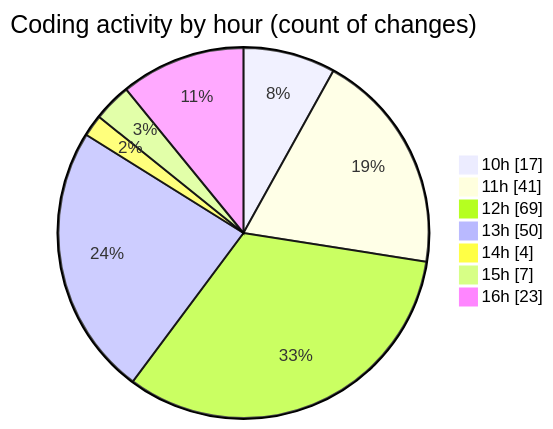
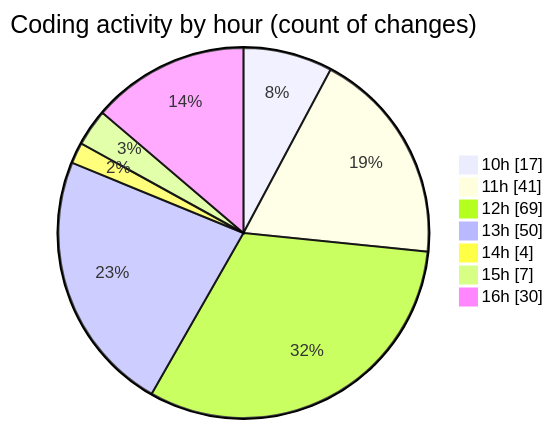
One commit to momahboobian/code-tracking changed the second of 2 diagrams in 2025-10-06/cda/README.md. Above: the diagram before and after it, drawn with Mermaid. The commit also changed other lines of this file and 1 other file, not shown here.

````diff
--- a/2025-10-06/cda/README.md
+++ b/2025-10-06/cda/README.md
@@ -33,11 +33,11 @@
 ```mermaid
 pie showData
 title Coding activity by hour (count of changes)
 "10h" : 17
 "11h" : 41
 "12h" : 69
 "13h" : 50
 "14h" : 4
 "15h" : 7
-"16h" : 23
+"16h" : 30
 ```
````
